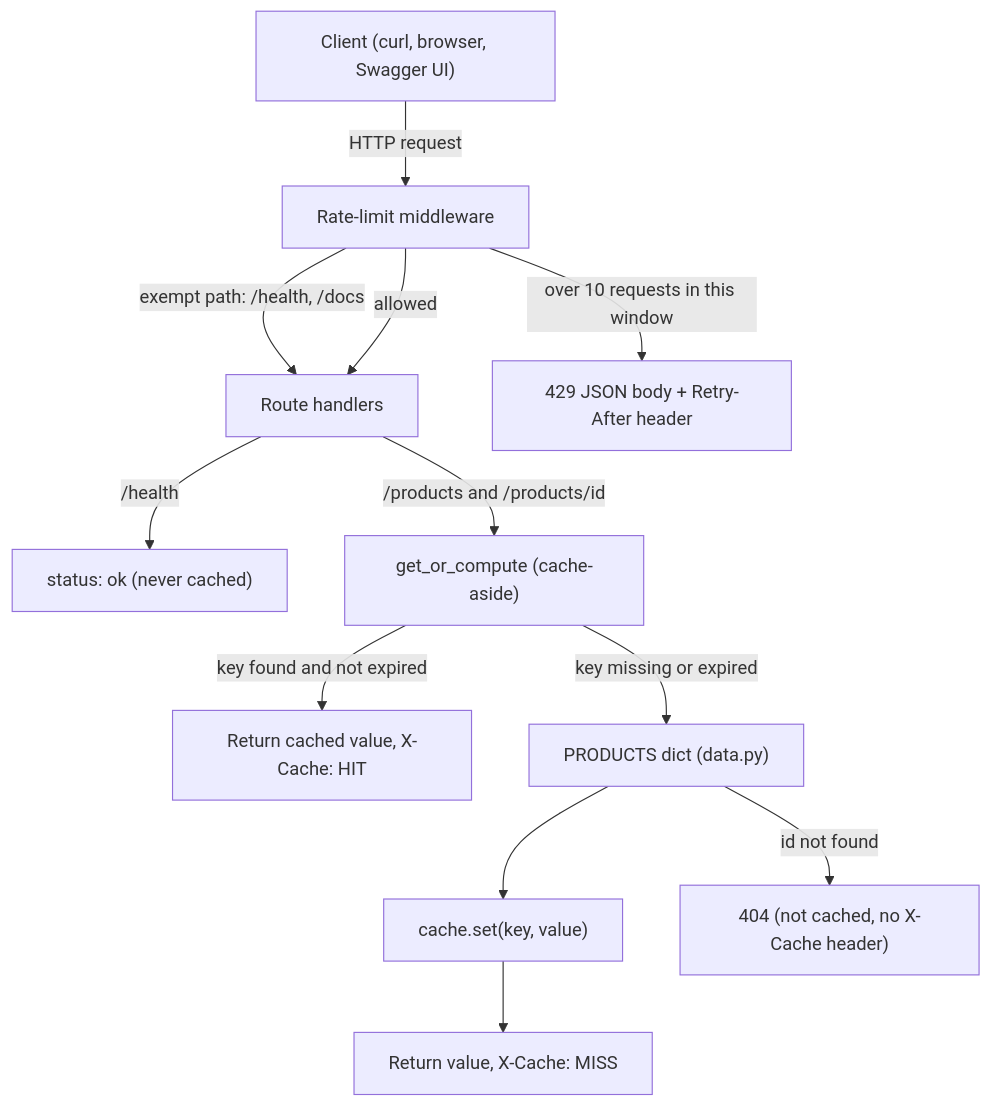
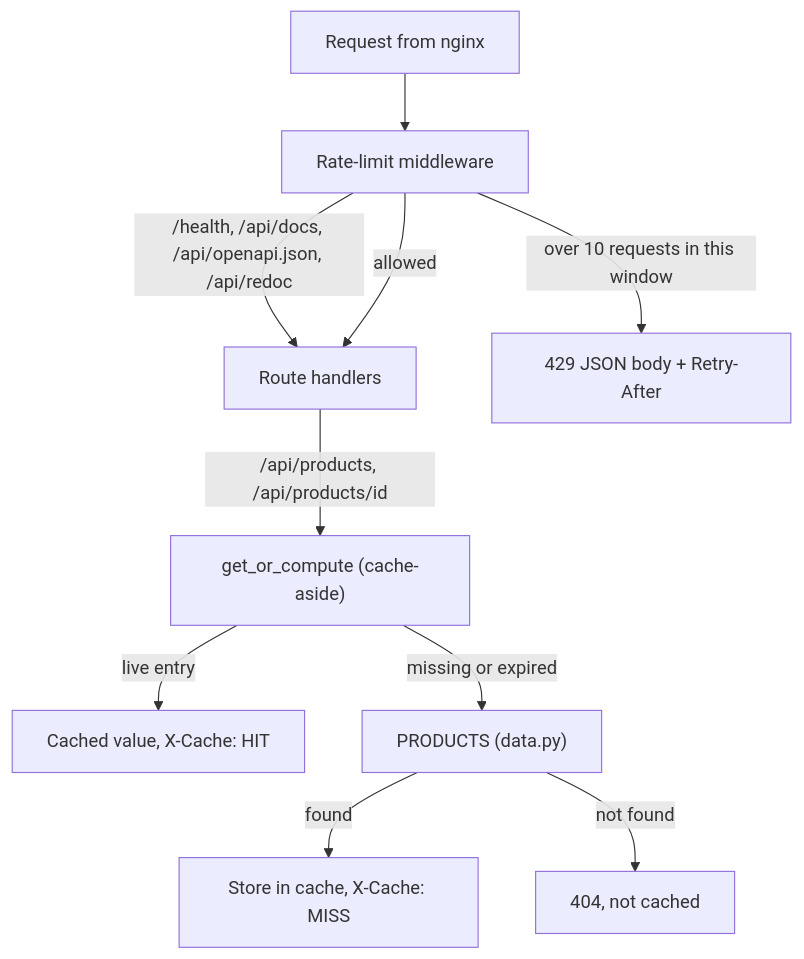
Before and after one commit to hemesh283/Product-Catalog-API: the second of 2 diagrams in README.md, drawn with Mermaid. The commit also changed other lines of this file and 2 other files, not shown here.

Commit message:
Updated docs for 2.0.0: frontend, nginx and Compose

````diff
--- a/README.md
+++ b/README.md
@@ -25,14 +47,12 @@
 ```mermaid
 flowchart TD
-    Client["Client (curl, browser, Swagger UI)"] -->|HTTP request| MW["Rate-limit middleware"]
-    MW -->|"exempt path: /health, /docs"| Routes["Route handlers"]
-    MW -->|"over 10 requests in this window"| R429["429 JSON body + Retry-After header"]
-    MW -->|allowed| Routes
-    Routes -->|"/health"| Health["status: ok (never cached)"]
-    Routes -->|"/products and /products/id"| GOC["get_or_compute (cache-aside)"]
-    GOC -->|"key found and not expired"| HIT["Return cached value, X-Cache: HIT"]
-    GOC -->|"key missing or expired"| Data["PRODUCTS dict (data.py)"]
-    Data --> Store["cache.set(key, value)"]
-    Store --> MISS["Return value, X-Cache: MISS"]
-    Data -->|"id not found"| NF["404 (not cached, no X-Cache header)"]
+    Req["Request from nginx"] --> RL["Rate-limit middleware"]
+    RL -->|"/health, /api/docs, /api/openapi.json, /api/redoc"| Routes["Route handlers"]
+    RL -->|"over 10 requests in this window"| R429["429 JSON body + Retry-After"]
+    RL -->|allowed| Routes
+    Routes -->|"/api/products, /api/products/id"| GOC["get_or_compute (cache-aside)"]
+    GOC -->|"live entry"| HIT["Cached value, X-Cache: HIT"]
+    GOC -->|"missing or expired"| Data["PRODUCTS (data.py)"]
+    Data -->|found| MISS["Store in cache, X-Cache: MISS"]
+    Data -->|"not found"| NF["404, not cached"]
 ```
````
